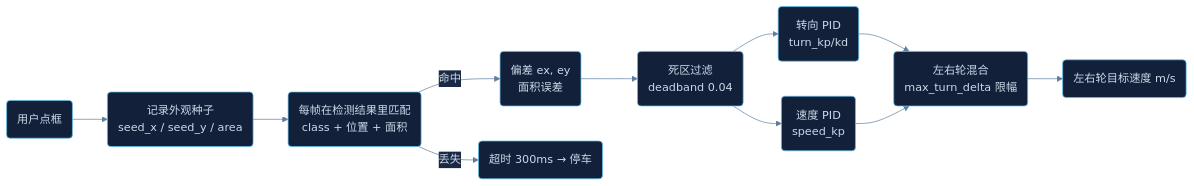
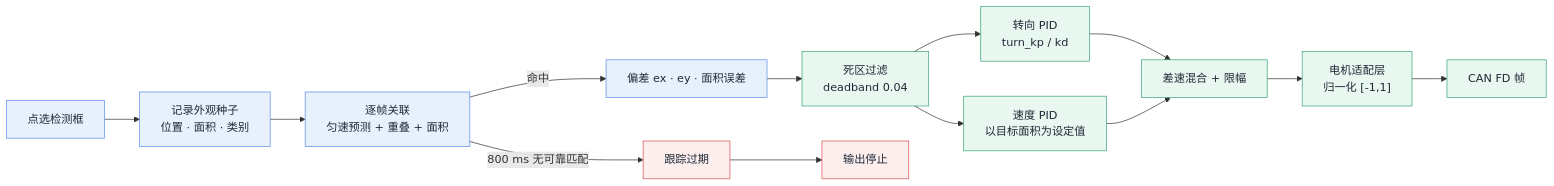
Before and after one commit to qianruo-orange/autonomous-driving-car: the fourth of 5 diagrams in README.md, drawn with Mermaid. The commit also changed other lines of this file and 2 other files, not shown here.

Commit message:
ui: reuse the results-table preview button so both tables match exactly

````diff
--- a/README.md
+++ b/README.md
@@ -140,14 +172,22 @@
 ```mermaid
-%%{init: {'theme':'base','themeVariables':{'primaryColor':'#12203a','primaryTextColor':'#cdd9e8','primaryBorderColor':'#5ec2f0','lineColor':'#5e7ea0','secondaryColor':'#1a2a44','tertiaryColor':'#0f1a2e','fontFamily':'Segoe UI, Helvetica, Arial, sans-serif'}}}%%
 flowchart LR
-    CLICK(用户点框) --> SEED(记录外观种子<br/>seed_x / seed_y / area)
-    SEED --> MATCH(每帧在检测结果里匹配<br/>class + 位置 + 面积)
-    MATCH -->|命中| ERR(偏差 ex, ey<br/>面积误差)
-    MATCH -->|丢失| LOST(超时 300ms → 停车)
-    ERR --> DEAD(死区过滤<br/>deadband 0.04)
-    DEAD --> PIDX(转向 PID<br/>turn_kp/kd)
-    DEAD --> PIDS(速度 PID<br/>speed_kp)
-    PIDX --> MIX(左右轮混合<br/>max_turn_delta 限幅)
-    PIDS --> MIX
-    MIX --> OUT(左右轮目标速度 m/s)
+    CLICK["点选检测框"] --> SEED["记录外观种子<br/>位置 · 面积 · 类别"]
+    SEED --> MATCH["逐帧关联<br/>匀速预测 + 重叠 + 面积"]
+    MATCH -->|"命中"| ERR["偏差 ex · ey · 面积误差"]
+    MATCH -->|"800 ms 无可靠匹配"| LOST["跟踪过期"]
+    ERR --> DB["死区过滤<br/>deadband 0.04"]
+    DB --> TURN["转向 PID<br/>turn_kp / kd"]
+    DB --> SPEED["速度 PID<br/>以目标面积为设定值"]
+    TURN --> MIX["差速混合 + 限幅"]
+    SPEED --> MIX
+    MIX --> OPS["电机适配层<br/>归一化 [-1,1]"]
+    OPS --> BUS["CAN FD 帧"]
+    LOST --> STOP["输出停止"]
+
+    classDef io fill:#e8f1fb,stroke:#5b8def,color:#1f2937
+    classDef ctl fill:#e8f7ef,stroke:#3aa675,color:#1f2937
+    classDef warn fill:#fdeeee,stroke:#d9534f,color:#1f2937
+    class CLICK,SEED,MATCH,ERR io
+    class DB,TURN,SPEED,MIX,OPS,BUS ctl
+    class LOST,STOP warn
 ```
````
